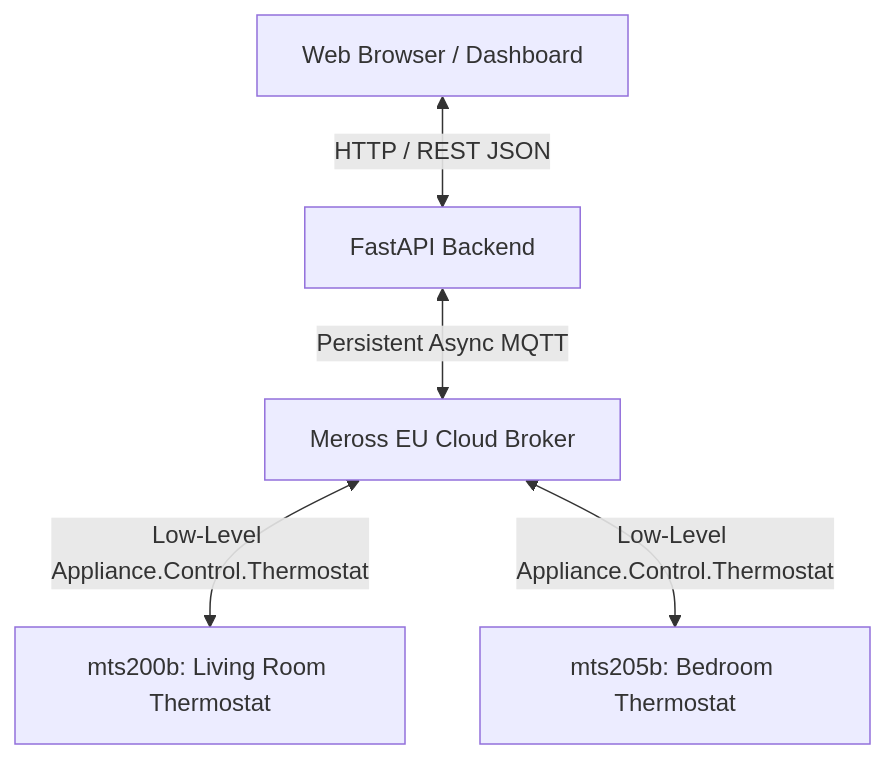
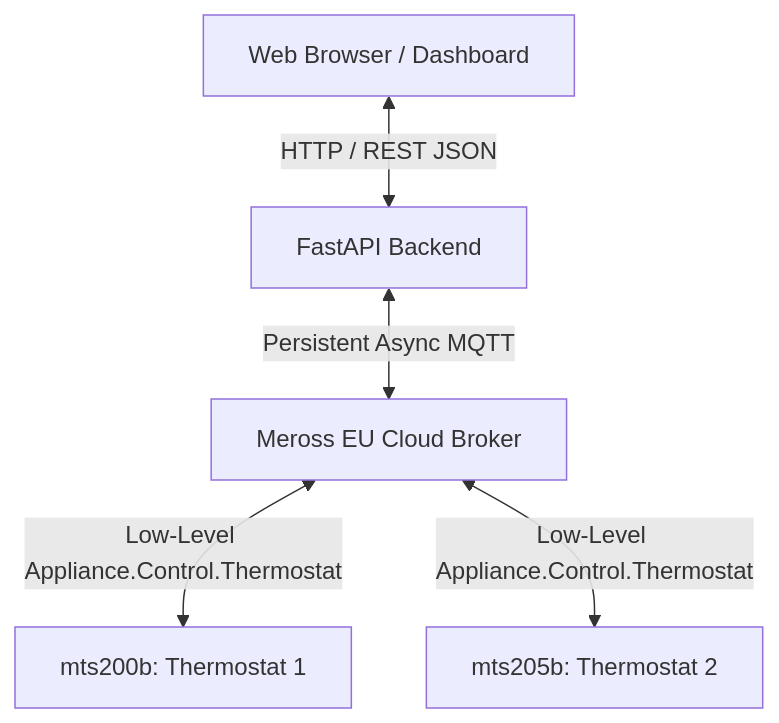
The diagram in README.md (ecuriotto/meross-thermo-scheduler), drawn with Mermaid before and after one commit.

Commit message:
README created

````diff
--- a/README.md
+++ b/README.md
@@ -40,7 +40,7 @@
 ```mermaid
 graph TD
     A[Web Browser / Dashboard] <-->|HTTP / REST JSON| B[FastAPI Backend]
     B <-->|Persistent Async MQTT| C[Meross EU Cloud Broker]
-    C <-->|Low-Level Appliance.Control.Thermostat| D[mts200b: Living Room Thermostat]
-    C <-->|Low-Level Appliance.Control.Thermostat| E[mts205b: Bedroom Thermostat]
+    C <-->|Low-Level Appliance.Control.Thermostat| D[mts200b: Thermostat 1]
+    C <-->|Low-Level Appliance.Control.Thermostat| E[mts205b: Thermostat 2]
 ```
````
